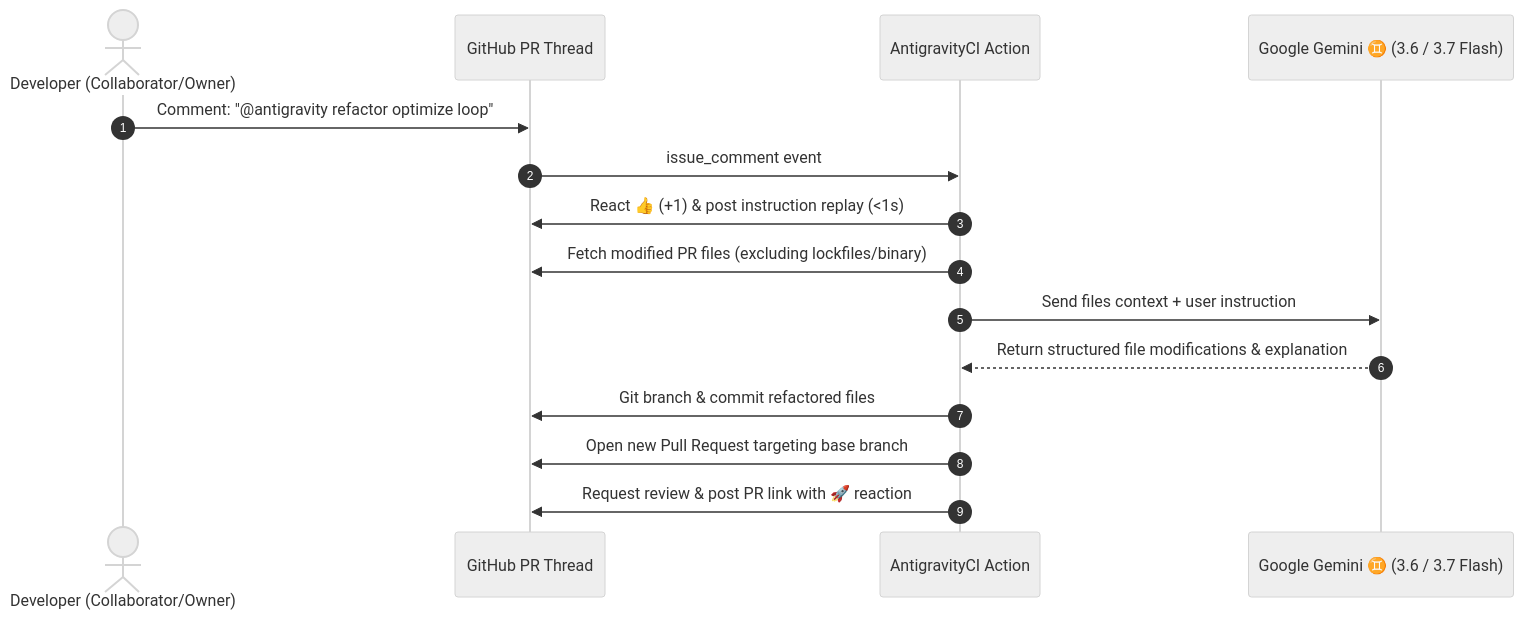
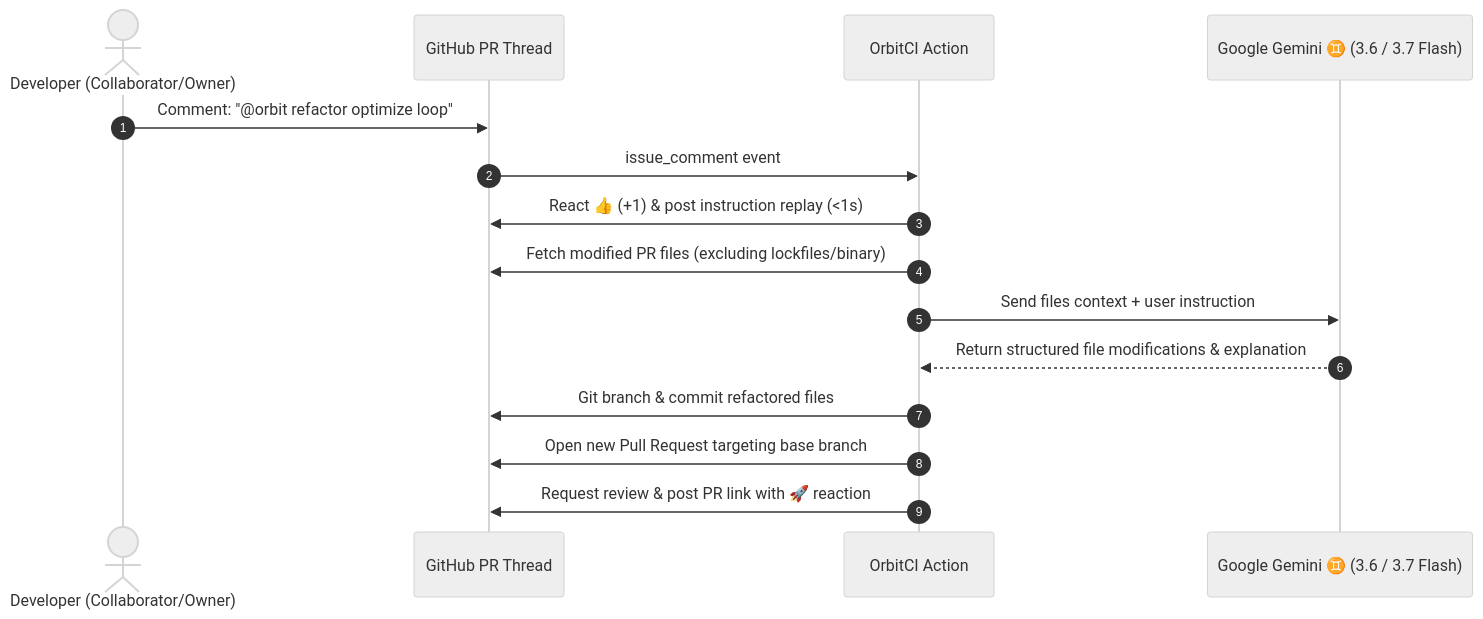
One commit to nivinvysakh/AntigravityCi changed the diagram in README.md. Above: the diagram before and after it, drawn with Mermaid (neutral theme). The commit also changed other lines of this file and 17 other files, not shown here.

````diff
--- a/README.md
+++ b/README.md
@@ -187,18 +188,18 @@
 ```mermaid
 sequenceDiagram
     autonumber
     actor Collaborator as Developer (Collaborator/Owner)
     participant GH as GitHub PR Thread
-    participant Action as AntigravityCI Action
+    participant Action as OrbitCI Action
     participant Gemini as Google Gemini ♊ (3.6 / 3.7 Flash)
 
-    Collaborator->>GH: Comment: "@antigravity refactor optimize loop"
+    Collaborator->>GH: Comment: "@orbit refactor optimize loop"
     GH->>Action: issue_comment event
     Action->>GH: React 👍 (+1) & post instruction replay (<1s)
     Action->>GH: Fetch modified PR files (excluding lockfiles/binary)
     Action->>Gemini: Send files context + user instruction
     Gemini-->>Action: Return structured file modifications & explanation
     Action->>GH: Git branch & commit refactored files
     Action->>GH: Open new Pull Request targeting base branch
     Action->>GH: Request review & post PR link with 🚀 reaction
 ```
````
